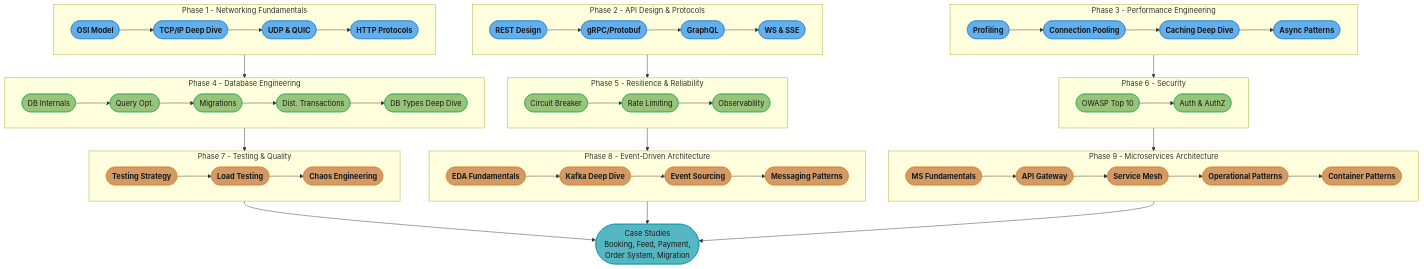
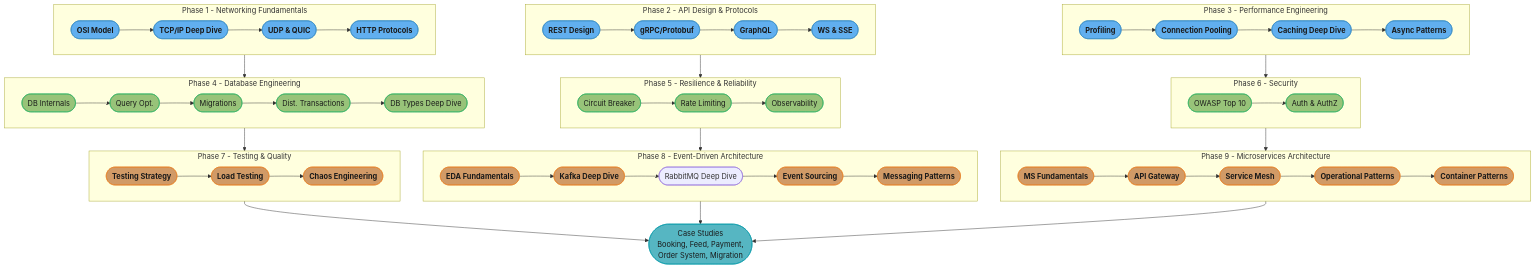
The diagram in src/main/java/com/rutik/systemdesign/backend/README.md (rppol/system-design), drawn with Mermaid before and after one commit. The commit also changed other lines of this file and 14 other files, not shown here.

````diff
--- a/src/main/java/com/rutik/systemdesign/backend/README.md
+++ b/src/main/java/com/rutik/systemdesign/backend/README.md
@@ -15,48 +15,48 @@
 ```mermaid
 flowchart TD
     classDef io      fill:#61afef,stroke:#2e86c1,color:#1a1a1a,font-weight:bold
     classDef train   fill:#98c379,stroke:#27ae60,color:#1a1a1a
     classDef mathOp  fill:#d19a66,stroke:#e67e22,color:#1a1a1a,font-weight:bold
     classDef req     fill:#56b6c2,stroke:#0097a7,color:#1a1a1a
 
     subgraph P1["Phase 1 - Networking Fundamentals"]
         p1_osi(["OSI Model"]) --> p1_tcp(["TCP/IP Deep Dive"]) --> p1_udp(["UDP & QUIC"]) --> p1_http(["HTTP Protocols"])
     end
     subgraph P2["Phase 2 - API Design & Protocols"]
         p2_rest(["REST Design"]) --> p2_grpc(["gRPC/Protobuf"]) --> p2_graphql(["GraphQL"]) --> p2_ws(["WS & SSE"])
     end
     subgraph P3["Phase 3 - Performance Engineering"]
         p3_prof(["Profiling"]) --> p3_pool(["Connection Pooling"]) --> p3_cache(["Caching Deep Dive"]) --> p3_async(["Async Patterns"])
     end
 
     subgraph P4["Phase 4 - Database Engineering"]
         p4_dbint(["DB Internals"]) --> p4_query(["Query Opt."]) --> p4_migr(["Migrations"]) --> p4_dtx(["Dist. Transactions"]) --> p4_dbtypes(["DB Types Deep Dive"])
     end
     subgraph P5["Phase 5 - Resilience & Reliability"]
         p5_cb(["Circuit Breaker"]) --> p5_rl(["Rate Limiting"]) --> p5_obs(["Observability"])
     end
     subgraph P6["Phase 6 - Security"]
         p6_owasp(["OWASP Top 10"]) --> p6_auth(["Auth & AuthZ"])
     end
 
     subgraph P7["Phase 7 - Testing & Quality"]
         p7_test(["Testing Strategy"]) --> p7_load(["Load Testing"]) --> p7_chaos(["Chaos Engineering"])
     end
     subgraph P8["Phase 8 - Event-Driven Architecture"]
-        p8_eda(["EDA Fundamentals"]) --> p8_kafka(["Kafka Deep Dive"]) --> p8_es(["Event Sourcing"]) --> p8_msg(["Messaging Patterns"])
+        p8_eda(["EDA Fundamentals"]) --> p8_kafka(["Kafka Deep Dive"]) --> p8_rabbit(["RabbitMQ Deep Dive"]) --> p8_es(["Event Sourcing"]) --> p8_msg(["Messaging Patterns"])
     end
     subgraph P9["Phase 9 - Microservices Architecture"]
         p9_ms(["MS Fundamentals"]) --> p9_gw(["API Gateway"]) --> p9_mesh(["Service Mesh"]) --> p9_ops(["Operational Patterns"]) --> p9_container(["Container Patterns"])
     end
 
     cs(["Case Studies<br/>Booking, Feed, Payment,<br/>Order System, Migration"])
 
     P1 --> P4 --> P7 --> cs
     P2 --> P5 --> P8 --> cs
     P3 --> P6 --> P9 --> cs
 
     class p1_osi,p1_tcp,p1_udp,p1_http,p2_rest,p2_grpc,p2_graphql,p2_ws,p3_prof,p3_pool,p3_cache,p3_async io
     class p4_dbint,p4_query,p4_migr,p4_dtx,p4_dbtypes,p5_cb,p5_rl,p5_obs,p6_owasp,p6_auth train
     class p7_test,p7_load,p7_chaos,p8_eda,p8_kafka,p8_es,p8_msg,p9_ms,p9_gw,p9_mesh,p9_ops,p9_container mathOp
     class cs req
 ```
````
